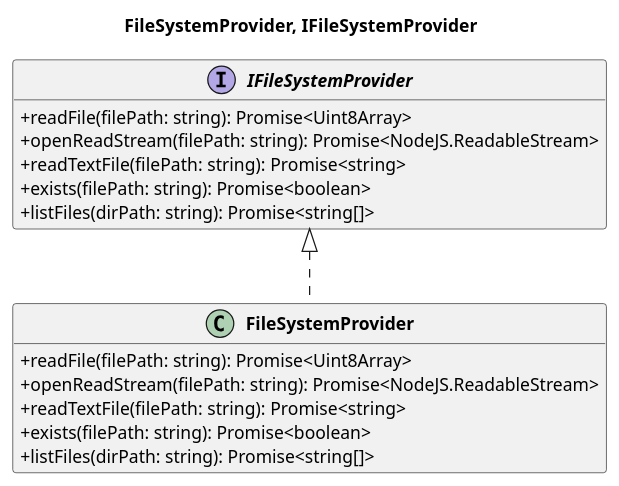
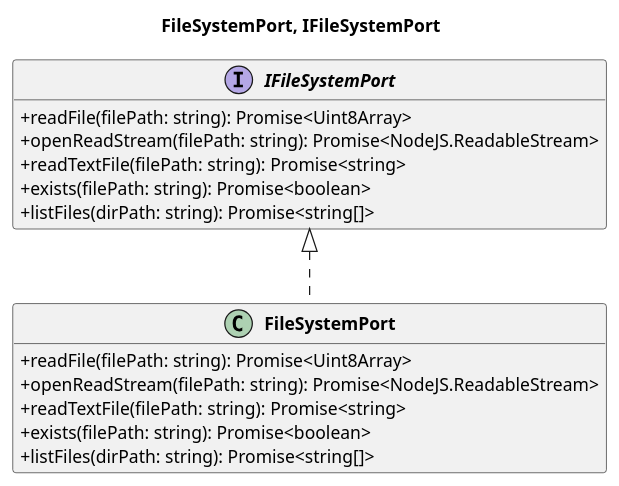
The diagram in 3_PB/DocumentiEsterni/DiagrammiSpecificaTecnica/C4/C4_Main_Indexing_Flow_FsProvider.puml (7-ZPUs/Docs), drawn with PlantUML before and after one commit. The commit also changed 13 other files, not shown here.

```diff
--- a/3_PB/DocumentiEsterni/DiagrammiSpecificaTecnica/C4/C4_Main_Indexing_Flow_FsProvider.puml
+++ b/3_PB/DocumentiEsterni/DiagrammiSpecificaTecnica/C4/C4_Main_Indexing_Flow_FsProvider.puml
@@ -1,31 +1,31 @@
 @startuml Class Diagram - Main Indexing Flow - Group 2
 
 top to bottom direction
 skinparam classAttributeIconSize 0
 skinparam classFontStyle bold
 skinparam packageStyle rectangle
 skinparam linetype ortho
 hide empty members
 
-title FileSystemProvider, IFileSystemProvider
+title FileSystemPort, IFileSystemPort
 
 
-  interface IFileSystemProvider {
+  interface IFileSystemPort {
     + readFile(filePath: string): Promise<Uint8Array>
     + openReadStream(filePath: string): Promise<NodeJS.ReadableStream>
     + readTextFile(filePath: string): Promise<string>
     + exists(filePath: string): Promise<boolean>
     + listFiles(dirPath: string): Promise<string[]>
   }
 
-  class FileSystemProvider {
+  class FileSystemPort {
     + readFile(filePath: string): Promise<Uint8Array>
     + openReadStream(filePath: string): Promise<NodeJS.ReadableStream>
     + readTextFile(filePath: string): Promise<string>
     + exists(filePath: string): Promise<boolean>
     + listFiles(dirPath: string): Promise<string[]>
   }
 
-IFileSystemProvider <|.. FileSystemProvider
+IFileSystemPort <|.. FileSystemPort
 
 @enduml
```
